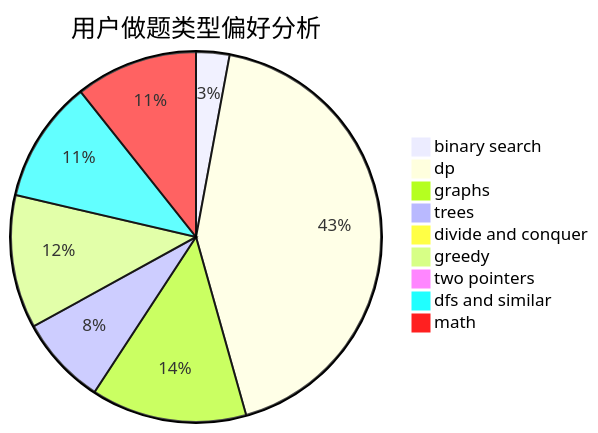
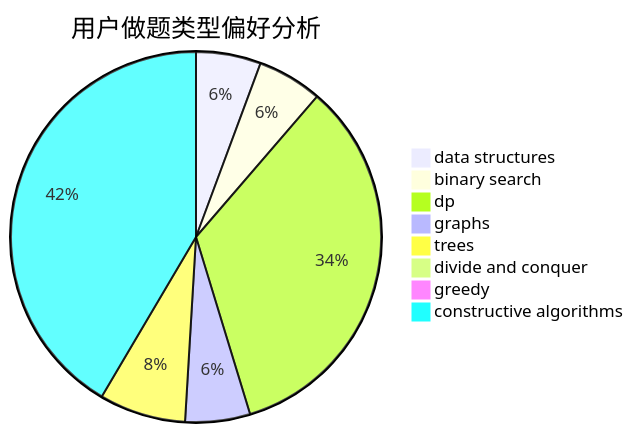
Before and after one commit to sherpahu/cfrs.github.io: the second of 3 diagrams in docs/user/u1319.md, drawn with Mermaid. The commit also changed other lines of this file and 2775 other files, not shown here.

````diff
--- a/docs/user/u1319.md
+++ b/docs/user/u1319.md
@@ -23,12 +23,11 @@
 ```mermaid
 pie title 用户做题类型偏好分析
+    "data structures" :  3
     "binary search" :  3
-    "dp" :  44
-    "graphs" :  14
-    "trees" :  8
+    "dp" :  18
+    "graphs" :  3
+    "trees" :  4
     "divide and conquer" :  0
-    "greedy" :  12
-    "two pointers" :  0
-    "dfs and similar" :  11
-    "math" :  11
+    "greedy" :  0
+    "constructive algorithms" :  22
 ```
````
